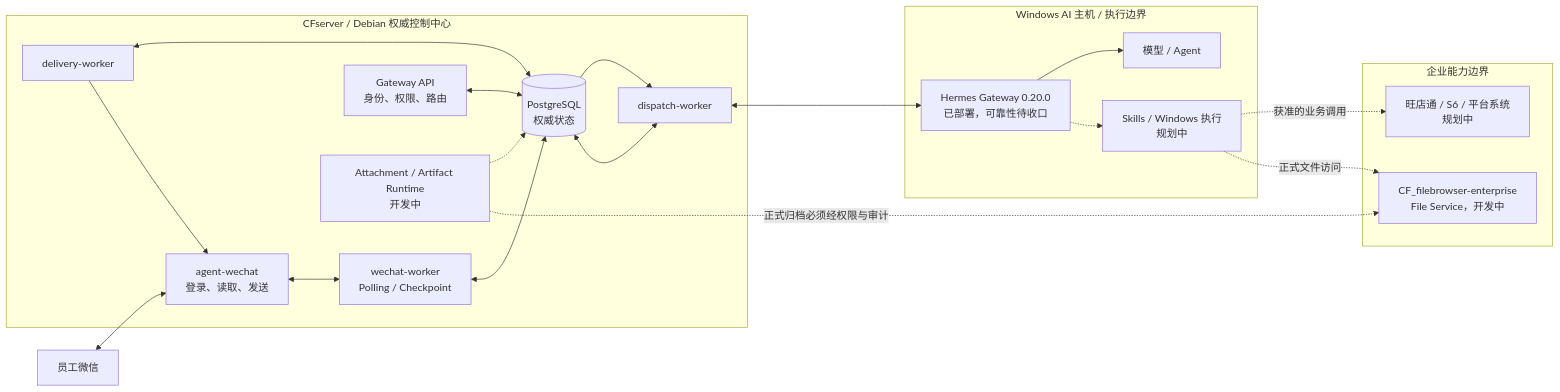
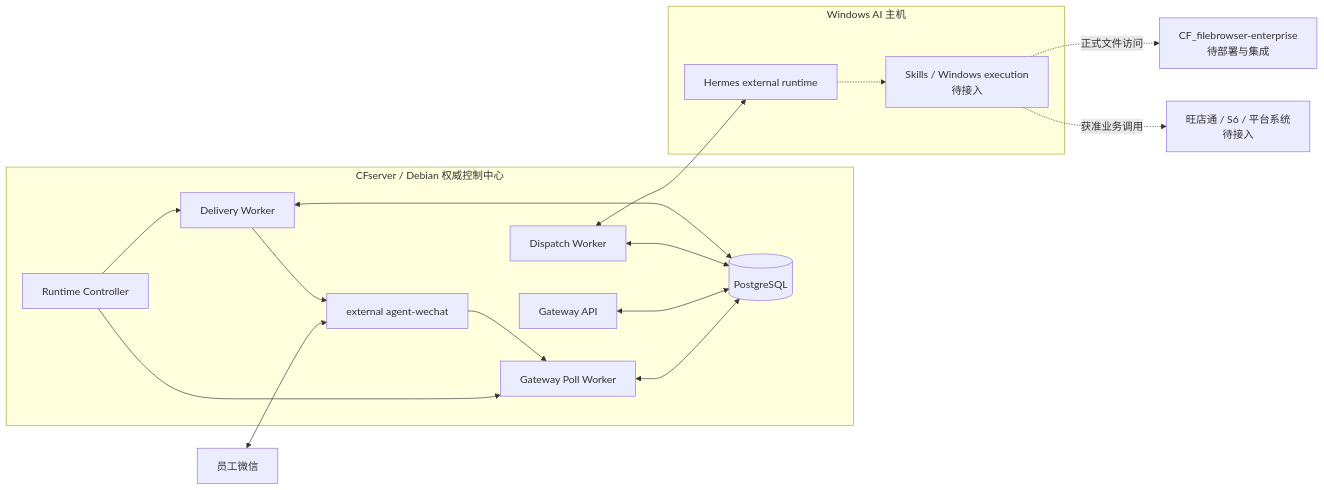
Before and after one commit to Tangbohu09527/CF_ecommerce-automation-docs: the diagram in architecture/system-architecture.md, drawn with Mermaid. The commit also changed other lines of this file and 17 other files, not shown here.

Commit message:
docs: align current architecture and component status

````diff
--- a/architecture/system-architecture.md
+++ b/architecture/system-architecture.md
@@ -22,42 +17,36 @@
 ```mermaid
 flowchart LR
     U["员工微信"]
 
     subgraph CFS["CFserver / Debian 权威控制中心"]
-        AW["agent-wechat<br/>登录、读取、发送"]
-        WW["wechat-worker<br/>Polling / Checkpoint"]
-        GW["Gateway API<br/>身份、权限、路由"]
-        PG[("PostgreSQL<br/>权威状态")]
-        DW["dispatch-worker"]
-        DLW["delivery-worker"]
-        MEDIA["Attachment / Artifact Runtime<br/>开发中"]
-
-        WW <--> PG
-        GW <--> PG
+        AW["external agent-wechat"]
+        PW["Gateway Poll Worker"]
+        API["Gateway API"]
+        CTL["Runtime Controller"]
+        PG[("PostgreSQL")]
+        DW["Dispatch Worker"]
+        DLW["Delivery Worker"]
+        PW <--> PG
+        API <--> PG
+        CTL --> PW
+        CTL --> DLW
         DW <--> PG
         DLW <--> PG
-        MEDIA -.-> PG
     end
 
-    subgraph AI["Windows AI 主机 / 执行边界"]
-        H["Hermes Gateway 0.20.0<br/>已部署，可靠性待收口"]
-        MODEL["模型 / Agent"]
-        SK["Skills / Windows 执行<br/>规划中"]
-        H --> MODEL
+    subgraph AI["Windows AI 主机"]
+        H["Hermes external runtime"]
+        SK["Skills / Windows execution<br/>待接入"]
         H -.-> SK
     end
 
-    subgraph ENT["企业能力边界"]
-        FS["CF_filebrowser-enterprise<br/>File Service，开发中"]
-        ERP["旺店通 / S6 / 平台系统<br/>规划中"]
-    end
+    FB["CF_filebrowser-enterprise<br/>待部署与集成"]
+    BIZ["旺店通 / S6 / 平台系统<br/>待接入"]
 
     U <--> AW
-    AW <--> WW
+    AW --> PW
+    DW <--> H
     DLW --> AW
-    PG --> DW
-    DW <--> H
-    SK -. "获准的业务调用" .-> ERP
-    MEDIA -. "正式归档必须经权限与审计" .-> FS
-    SK -. "正式文件访问" .-> FS
+    SK -. "正式文件访问" .-> FB
+    SK -. "获准业务调用" .-> BIZ
 ```
````
